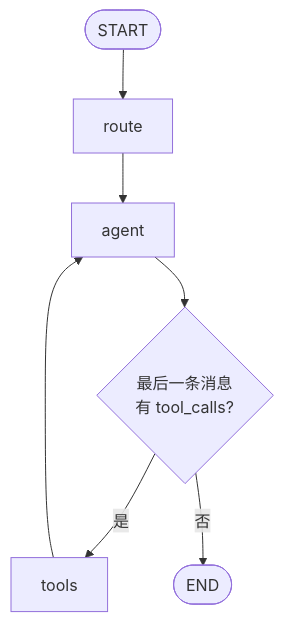
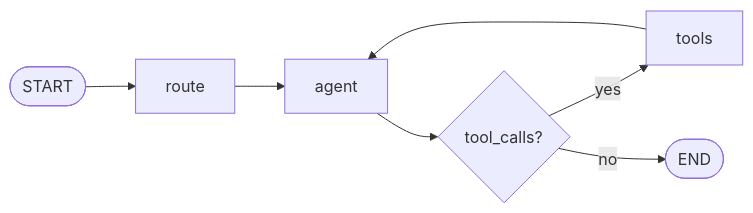
The diagram in README.md (1044387929-del/kamiu-agent), drawn with Mermaid before and after one commit. The commit also changed other lines of this file and 2 other files, not shown here.

Commit message:
Remove English README file and enhance main README.md with updated project description, features, architecture, quick start guide, configuration details, and contribution guidelines for the Kamiu Agent project.

````diff
--- a/README.md
+++ b/README.md
@@ -9,9 +20,9 @@
 ```mermaid
-flowchart TB
+flowchart LR
     START([START]) --> route
     route --> agent
-    agent --> has_tool_calls{最后一条消息\n有 tool_calls?}
-    has_tool_calls -->|是| tools
-    has_tool_calls -->|否| END([END])
+    agent --> has_tool_calls{tool_calls?}
+    has_tool_calls -->|yes| tools
+    has_tool_calls -->|no| END([END])
     tools --> agent
 ```
````
